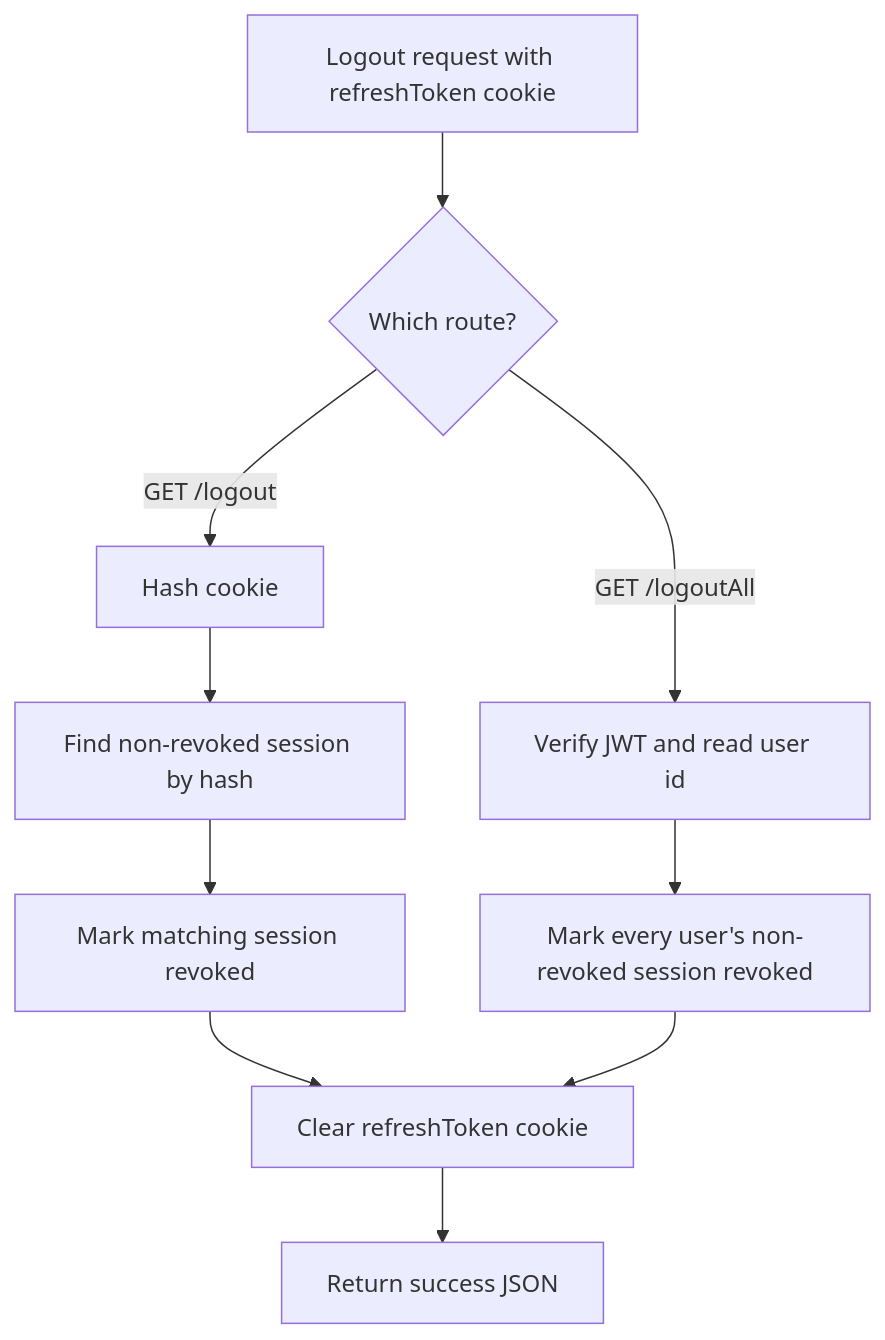
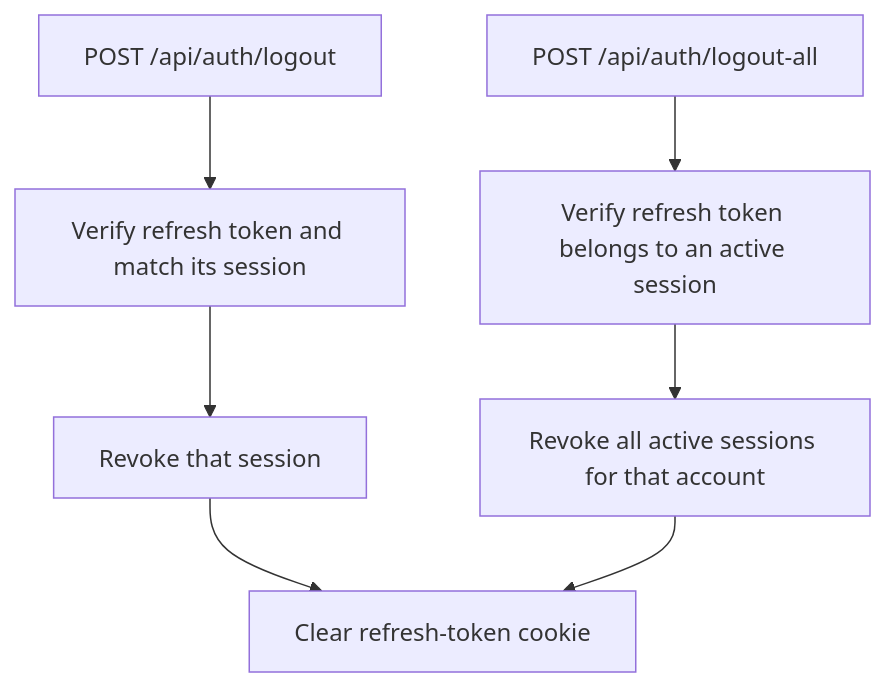
One commit to samroz-burhan/authentication-system-backend changed the sixth of 6 diagrams in README.md. Above: the diagram before and after it, drawn with Mermaid. The commit also changed other lines of this file and 25 other files, not shown here.

````diff
--- a/README.md
+++ b/README.md
@@ -344,12 +137,9 @@
 ```mermaid
 flowchart TD
-    Start["Logout request with refreshToken cookie"] --> Which{"Which route?"}
-    Which -->|GET /logout| Hash["Hash cookie"]
-    Hash --> Find["Find non-revoked session by hash"]
-    Find --> RevokeOne["Mark matching session revoked"]
-    Which -->|GET /logoutAll| Verify["Verify JWT and read user id"]
-    Verify --> RevokeAll["Mark every user's non-revoked session revoked"]
-    RevokeOne --> Clear["Clear refreshToken cookie"]
-    RevokeAll --> Clear
-    Clear --> Done["Return success JSON"]
+    A["POST /api/auth/logout"] --> B["Verify refresh token and match its session"]
+    B --> C["Revoke that session"]
+    C --> D["Clear refresh-token cookie"]
+    E["POST /api/auth/logout-all"] --> F["Verify refresh token belongs to an active session"]
+    F --> G["Revoke all active sessions for that account"]
+    G --> D
 ```
````
